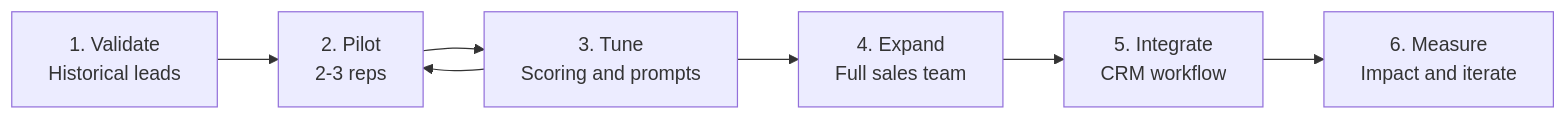
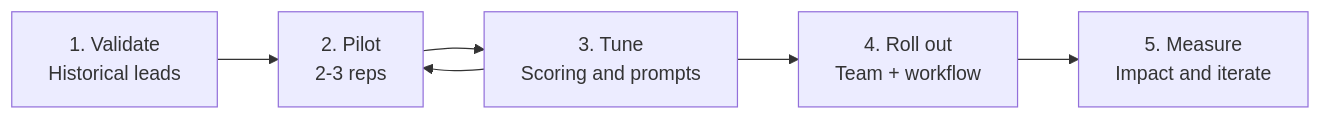
Before and after one commit to Kohralle/Property-Management-Lead-Enricher: the seventh of 7 diagrams in README.md, drawn with Mermaid. The commit also changed other lines of this file, not shown here.

````diff
--- a/README.md
+++ b/README.md
@@ -246,9 +246,8 @@
 ```mermaid
 flowchart LR
     A[1. Validate<br/>Historical leads] --> B[2. Pilot<br/>2-3 reps]
     B --> C[3. Tune<br/>Scoring and prompts]
     C --> B
-    C --> D[4. Expand<br/>Full sales team]
-    D --> E[5. Integrate<br/>CRM workflow]
-    E --> F[6. Measure<br/>Impact and iterate]
+    C --> D[4. Roll out<br/>Team + workflow]
+    D --> E[5. Measure<br/>Impact and iterate]
 ```
````
